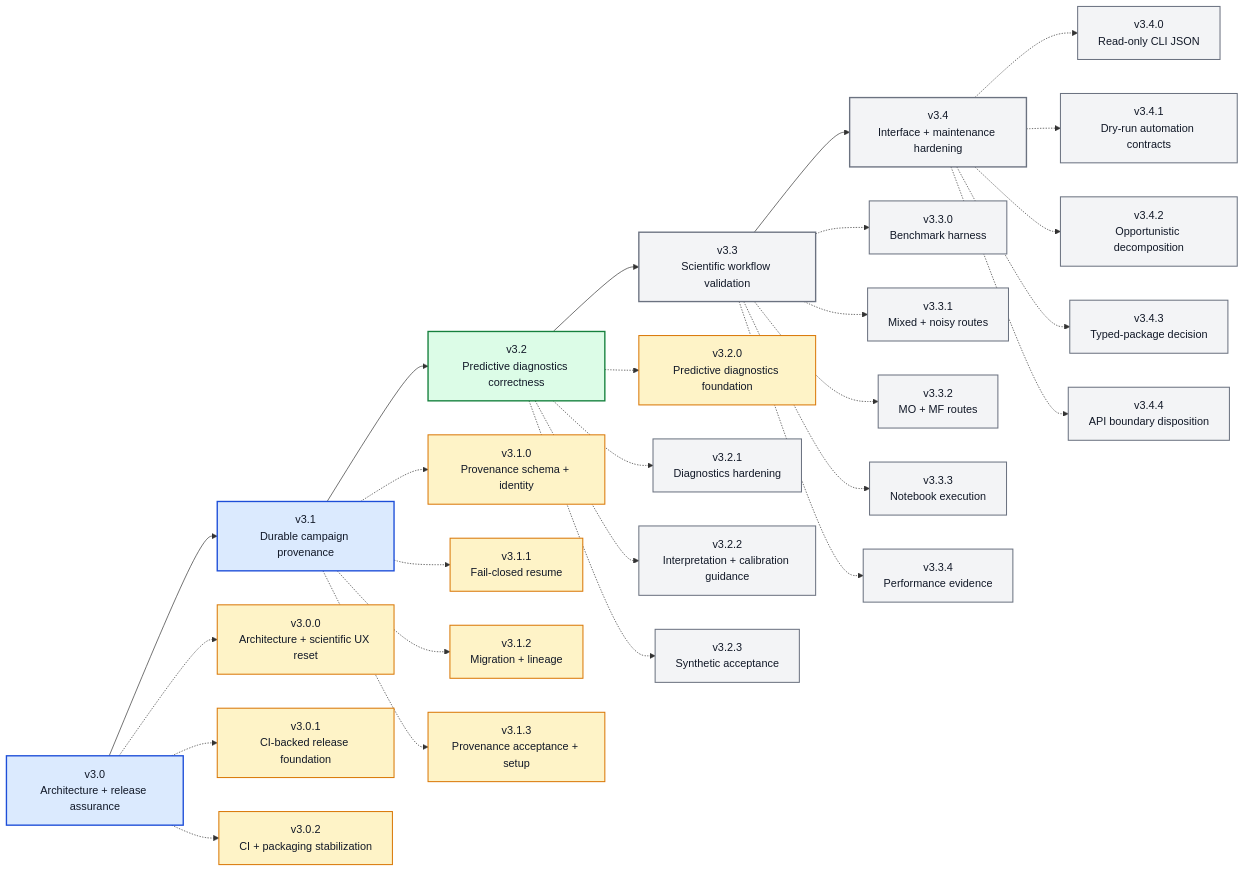
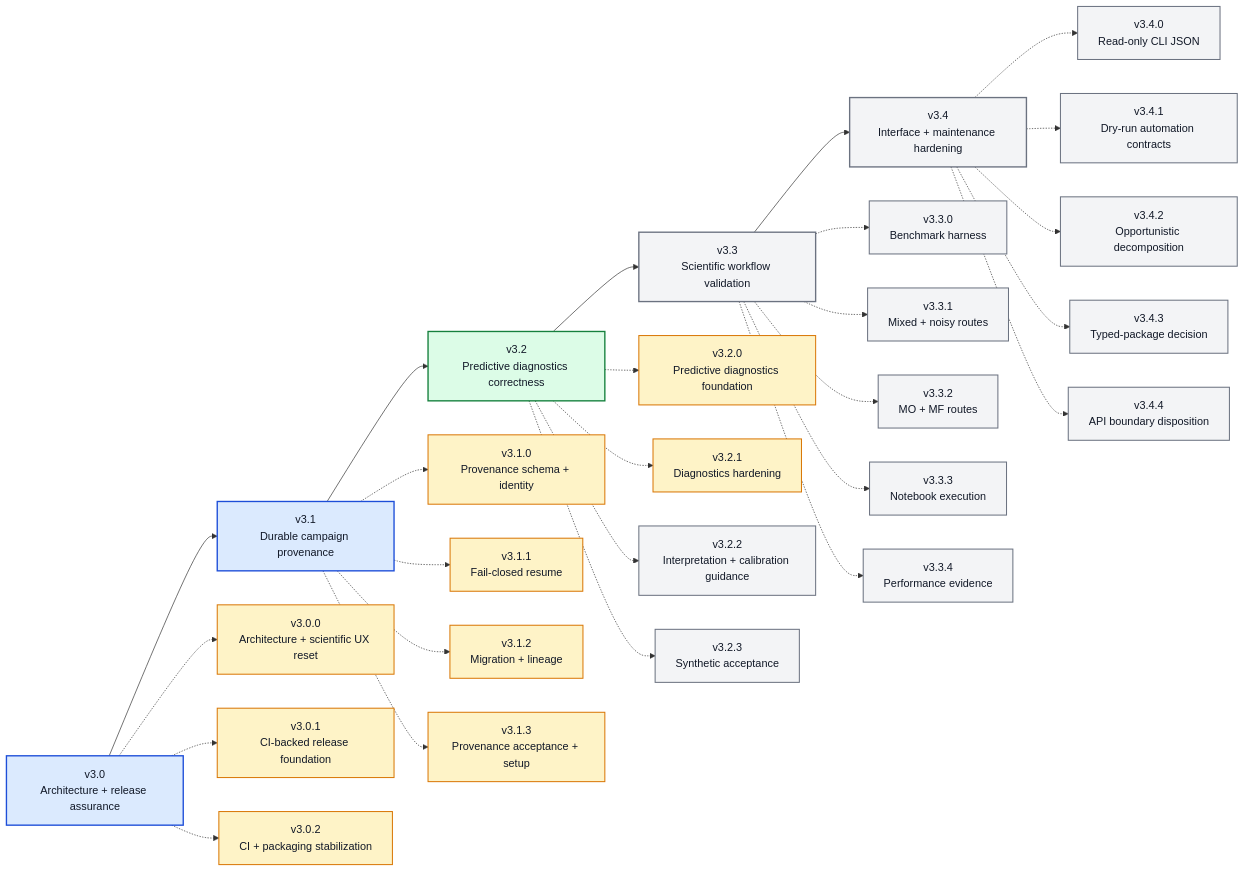
One commit to angzeli/bo-forge changed the diagram in ROADMAP_V3_X.md. Above: the diagram before and after it, drawn with Mermaid. The commit also changed other lines of this file and 30 other files, not shown here.

````diff
--- a/ROADMAP_V3_X.md
+++ b/ROADMAP_V3_X.md
@@ -16,63 +16,63 @@
 ```mermaid
 flowchart LR
     v30["v3.0<br/>Architecture + release assurance"] --> v31["v3.1<br/>Durable campaign provenance"] --> v32["v3.2<br/>Predictive diagnostics correctness"] --> v33["v3.3<br/>Scientific workflow validation"] --> v34["v3.4<br/>Interface + maintenance hardening"]
 
     v300["v3.0.0<br/>Architecture + scientific UX reset"]
     v301["v3.0.1<br/>CI-backed release foundation"]
     v302["v3.0.2<br/>CI + packaging stabilization"]
     v310["v3.1.0<br/>Provenance schema + identity"]
     v311["v3.1.1<br/>Fail-closed resume"]
     v312["v3.1.2<br/>Migration + lineage"]
     v313["v3.1.3<br/>Provenance acceptance + setup"]
     v320["v3.2.0<br/>Predictive diagnostics foundation"]
     v321["v3.2.1<br/>Diagnostics hardening"]
     v322["v3.2.2<br/>Interpretation + calibration guidance"]
     v323["v3.2.3<br/>Synthetic acceptance"]
     v330["v3.3.0<br/>Benchmark harness"]
     v331["v3.3.1<br/>Mixed + noisy routes"]
     v332["v3.3.2<br/>MO + MF routes"]
     v333["v3.3.3<br/>Notebook execution"]
     v334["v3.3.4<br/>Performance evidence"]
     v340["v3.4.0<br/>Read-only CLI JSON"]
     v341["v3.4.1<br/>Dry-run automation contracts"]
     v342["v3.4.2<br/>Opportunistic decomposition"]
     v343["v3.4.3<br/>Typed-package decision"]
     v344["v3.4.4<br/>API boundary disposition"]
 
     v30 -.-> v300
     v30 -.-> v301
     v30 -.-> v302
     v31 -.-> v310
     v31 -.-> v311
     v31 -.-> v312
     v31 -.-> v313
     v32 -.-> v320
     v32 -.-> v321
     v32 -.-> v322
     v32 -.-> v323
     v33 -.-> v330
     v33 -.-> v331
     v33 -.-> v332
     v33 -.-> v333
     v33 -.-> v334
     v34 -.-> v340
     v34 -.-> v341
     v34 -.-> v342
     v34 -.-> v343
     v34 -.-> v344
 
     class v30,v31 majorDone
     class v32 majorActive
     class v33,v34 majorFuture
     class v300,v301,v302 patchDone
     class v310,v311,v312,v313 patchDone
-    class v320 patchDone
-    class v321,v322,v323,v330,v331,v332,v333,v334,v340,v341,v342,v343,v344 patchFuture
+    class v320,v321 patchDone
+    class v322,v323,v330,v331,v332,v333,v334,v340,v341,v342,v343,v344 patchFuture
 
     classDef majorDone fill:#dbeafe,stroke:#1d4ed8,stroke-width:2px,color:#111827;
     classDef majorActive fill:#dcfce7,stroke:#15803d,stroke-width:2px,color:#111827;
     classDef majorFuture fill:#f3f4f6,stroke:#6b7280,stroke-width:2px,color:#111827;
     classDef patchDone fill:#fef3c7,stroke:#d97706,stroke-width:1.5px,color:#111827;
     classDef patchActive fill:#dcfce7,stroke:#15803d,stroke-width:1.5px,color:#111827;
     classDef patchFuture fill:#f3f4f6,stroke:#6b7280,stroke-width:1.5px,color:#111827;
 ```
````
